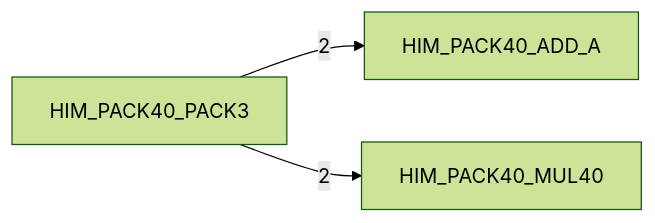
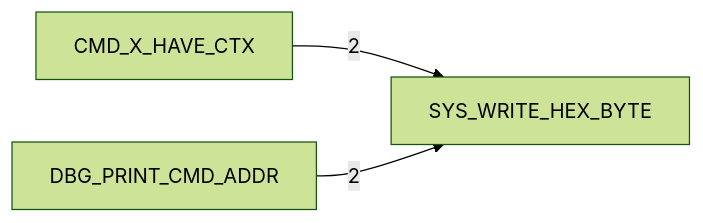
One commit to 95westus/R-YORS changed the fifth of 6 diagrams in DOC/GENERATED/HIMON_ROUTINE_TREE.md. Above: the diagram before and after it, drawn with Mermaid (forest theme). The commit also changed other lines of this file and 25 other files, not shown here.

````diff
--- a/DOC/GENERATED/HIMON_ROUTINE_TREE.md
+++ b/DOC/GENERATED/HIMON_ROUTINE_TREE.md
@@ -80,5 +80,5 @@
 ```mermaid
 flowchart LR
-    N_HIM_PACK40_PACK3[HIM_PACK40_PACK3] -->|2| N_HIM_PACK40_ADD_A[HIM_PACK40_ADD_A]
-    N_HIM_PACK40_PACK3[HIM_PACK40_PACK3] -->|2| N_HIM_PACK40_MUL40[HIM_PACK40_MUL40]
+    N_CMD_X_HAVE_CTX[CMD_X_HAVE_CTX] -->|2| N_SYS_WRITE_HEX_BYTE[SYS_WRITE_HEX_BYTE]
+    N_DBG_PRINT_CMD_ADDR[DBG_PRINT_CMD_ADDR] -->|2| N_SYS_WRITE_HEX_BYTE[SYS_WRITE_HEX_BYTE]
 ```
````
